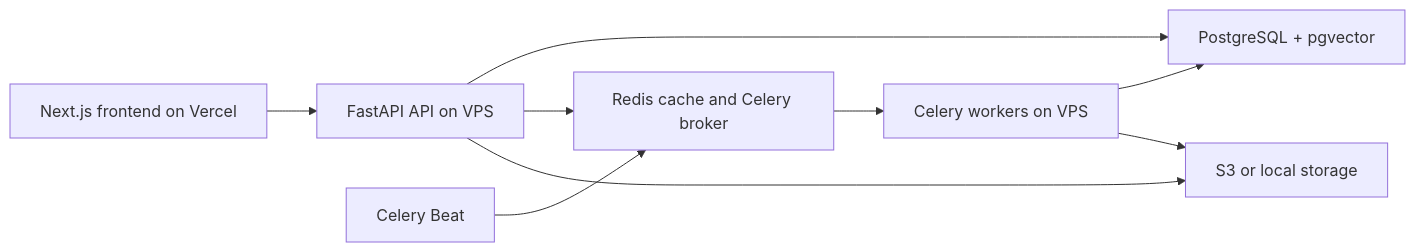
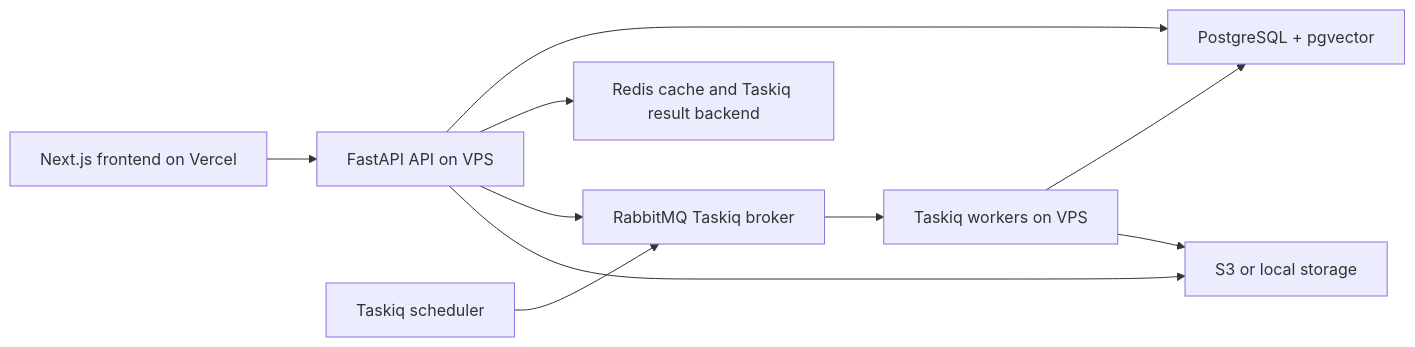
One commit to MaksymPushkash/conserium changed the diagram in docs/architecture.md. Above: the diagram before and after it, drawn with Mermaid. The commit also changed other lines of this file and 84 other files, not shown here.

Commit message:
migrated from celery to taskiq and rabbitmq

````diff
--- a/docs/architecture.md
+++ b/docs/architecture.md
@@ -7,11 +7,12 @@
 ```mermaid
 flowchart LR
     WEB["Next.js frontend on Vercel"] --> API["FastAPI API on VPS"]
     API --> POSTGRES["PostgreSQL + pgvector"]
-    API --> REDIS["Redis cache and Celery broker"]
+    API --> REDIS["Redis cache and Taskiq result backend"]
+    API --> RABBITMQ["RabbitMQ Taskiq broker"]
     API --> STORAGE["S3 or local storage"]
-    REDIS --> WORKERS["Celery workers on VPS"]
-    BEAT["Celery Beat"] --> REDIS
+    RABBITMQ --> WORKERS["Taskiq workers on VPS"]
+    BEAT["Taskiq scheduler"] --> RABBITMQ
     WORKERS --> POSTGRES
     WORKERS --> STORAGE
 ```
````
